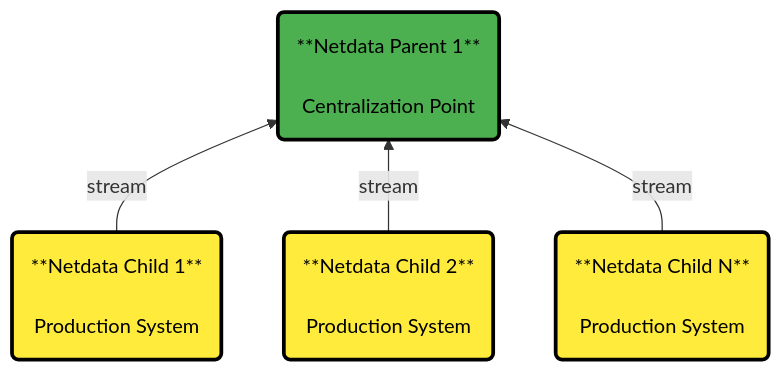
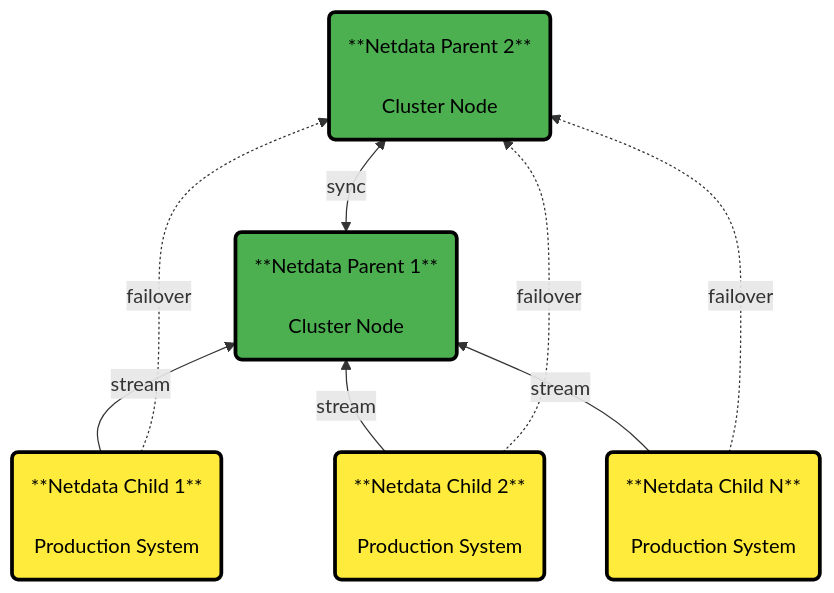
Before and after one commit to netdata/netdata: the diagram in docs/observability-centralization-points/metrics-centralization-points/README.md, drawn with Mermaid. The commit also changed other lines of this file, not shown here.

Commit message:
docs: Updated the 'How Metrics Centralization Works' mermaid flowchart in the metrics centralization README to include a high-availability Netdata Parent (P2). Both Parents are labeled as cluster nodes, children retain primary stream edges to P1, failover edges to P2 and a bidirectional P1<->P2 sync edge were added (mirroring the proven pattern in clustering-and-high-availability-of-netdata-parents.md and deployment-with-centralization-points.md), and a cross-link to the dedicated clustering page was added beneath the diagram. No configuration or retention content was introduced.

````diff
--- a/docs/observability-centralization-points/metrics-centralization-points/README.md
+++ b/docs/observability-centralization-points/metrics-centralization-points/README.md
@@ -5,18 +5,21 @@
 ```mermaid
 flowchart BT
     C1("**Netdata Child 1**<br/><br/>Production System")
     C2("**Netdata Child 2**<br/><br/>Production System")
     C3("**Netdata Child N**<br/><br/>Production System")
-    P1("**Netdata Parent 1**<br/><br/>Centralization Point")
+    P1("**Netdata Parent 1**<br/><br/>Cluster Node")
+    P2("**Netdata Parent 2**<br/><br/>Cluster Node")
     C1 -->|stream| P1
     C2 -->|stream| P1
     C3 -->|stream| P1
+    C1 & C2 & C3 -.->|failover| P2
+    P1 <-->|sync| P2
     
     %% Style definitions
     classDef child fill:#ffeb3b,stroke:#000000,stroke-width:3px,color:#000000,font-size:16px
     classDef parent fill:#4caf50,stroke:#000000,stroke-width:3px,color:#000000,font-size:16px
     
     %% Apply styles
     class C1,C2,C3 child
-    class P1 parent
+    class P1,P2 parent
 ```
````
